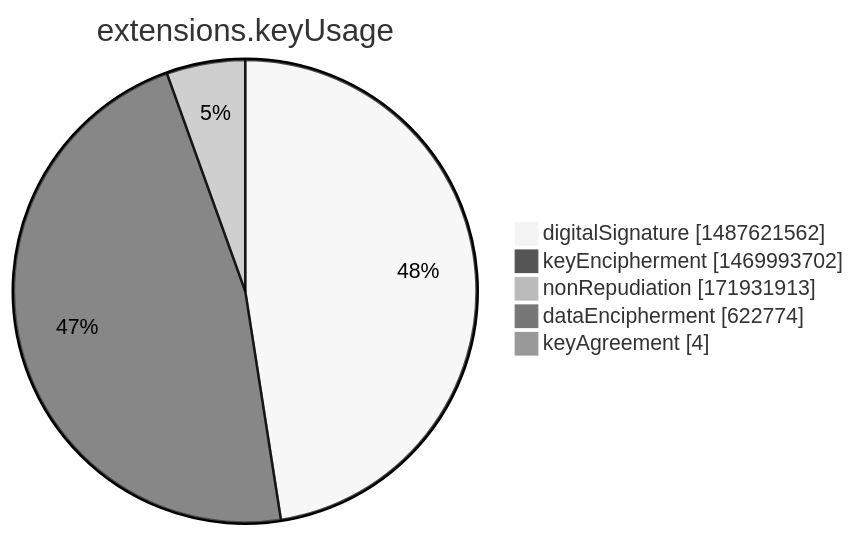
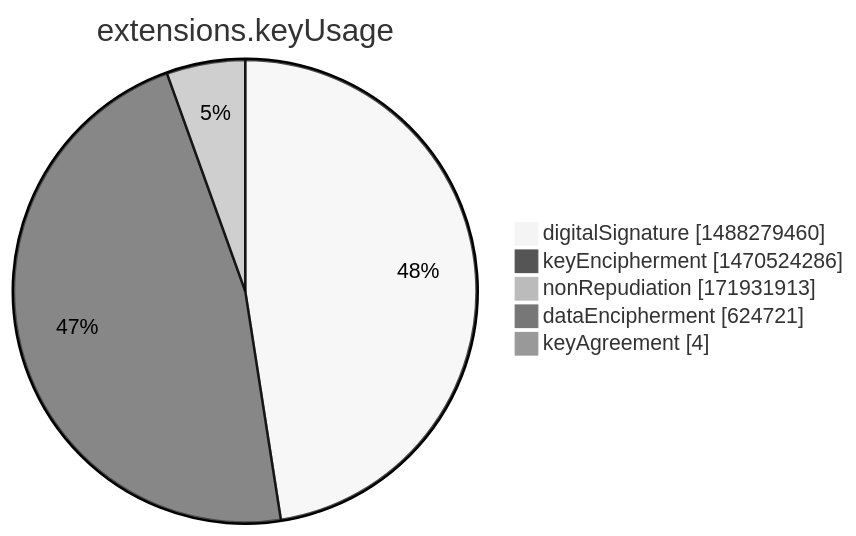
One commit to christiankrug/ctmonitor_visualization changed the seventh of 15 diagrams in argon2022/README.md. Above: the diagram before and after it, drawn with Mermaid (neutral theme). The commit also changed other lines of this file, not shown here.

````diff
--- a/argon2022/README.md
+++ b/argon2022/README.md
@@ -2751,9 +2751,9 @@
 ```mermaid
 pie showData
 title extensions.keyUsage
-"digitalSignature" :1487621562
-"keyEncipherment" :1469993702
+"digitalSignature" :1488279460
+"keyEncipherment" :1470524286
 "nonRepudiation" :171931913
-"dataEncipherment" :622774
+"dataEncipherment" :624721
 "keyAgreement" :4
 ```
````
